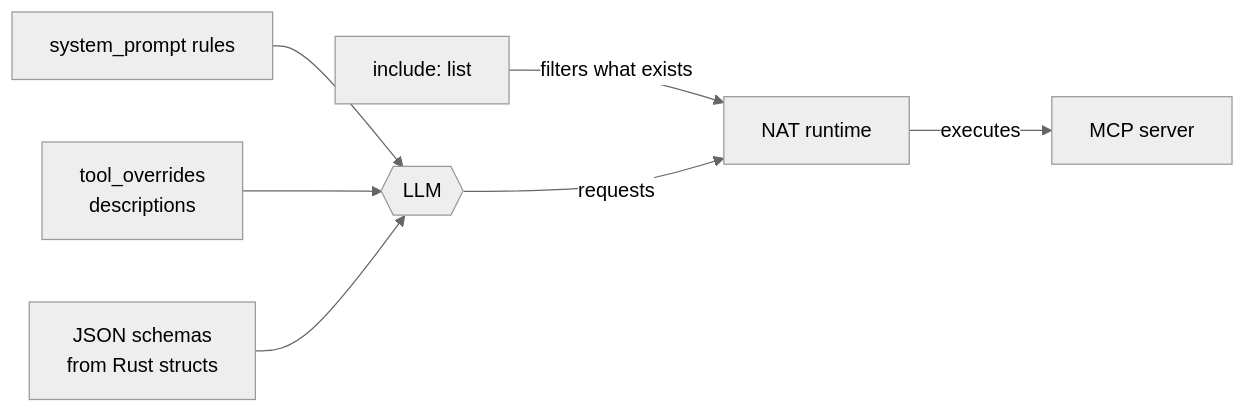
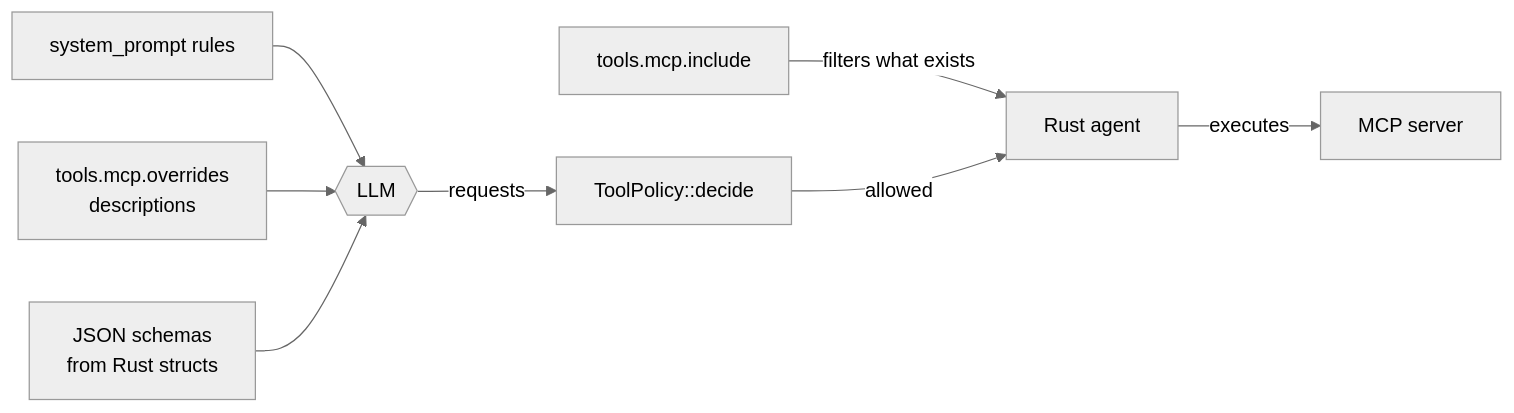
One commit to cognokratos/simple-agent-template changed the second of 2 diagrams in docs/tutorials/02-understand-tool-calling.md. Above: the diagram before and after it, drawn with Mermaid (neutral theme). The commit also changed other lines of this file and 150 other files, not shown here.

First line of the commit message:
Promote the Rig + Rust agent to main and rewrite the curriculum around it (#12)

````diff
--- a/docs/tutorials/02-understand-tool-calling.md
+++ b/docs/tutorials/02-understand-tool-calling.md
@@ -109,8 +122,8 @@
 ```mermaid
 flowchart LR
     SP[system_prompt rules] --> LLM{{LLM}}
-    TO["tool_overrides<br/>descriptions"] --> LLM
+    TO["tools.mcp.overrides<br/>descriptions"] --> LLM
     SC["JSON schemas<br/>from Rust structs"] --> LLM
-    INC["include: list"] -->|"filters what exists"| RT[NAT runtime]
-    LLM -->|"requests"| RT -->|"executes"| MCP[MCP server]
+    INC["tools.mcp.include"] -->|"filters what exists"| RT[Rust agent]
+    LLM -->|"requests"| POL[ToolPolicy::decide] -->|"allowed"| RT -->|"executes"| MCP[MCP server]
 ```
````
